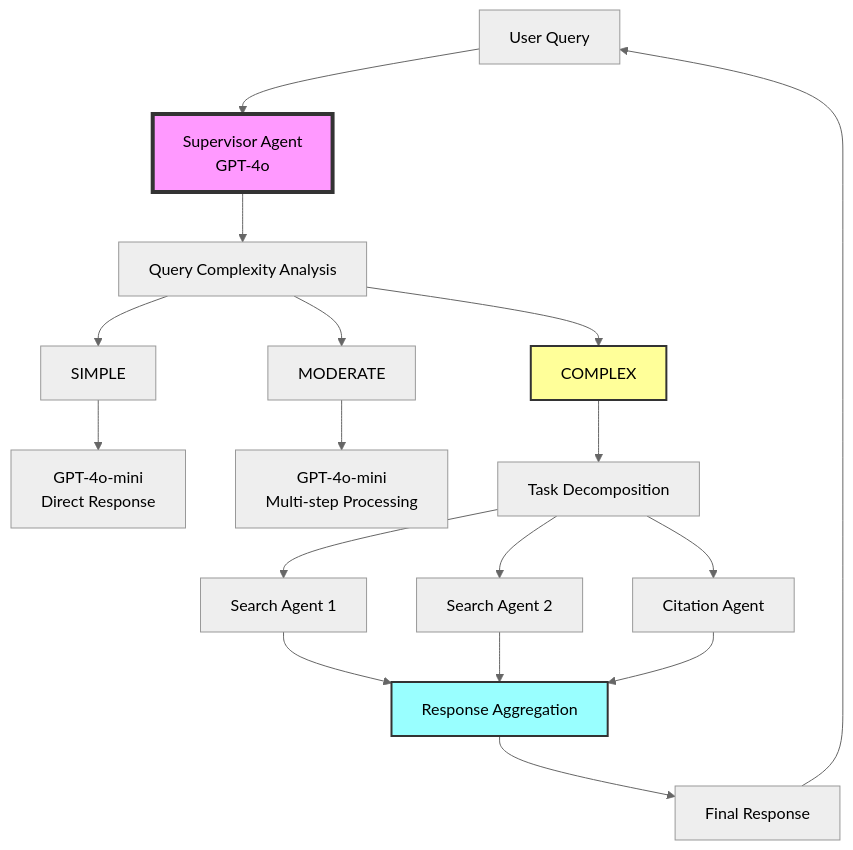
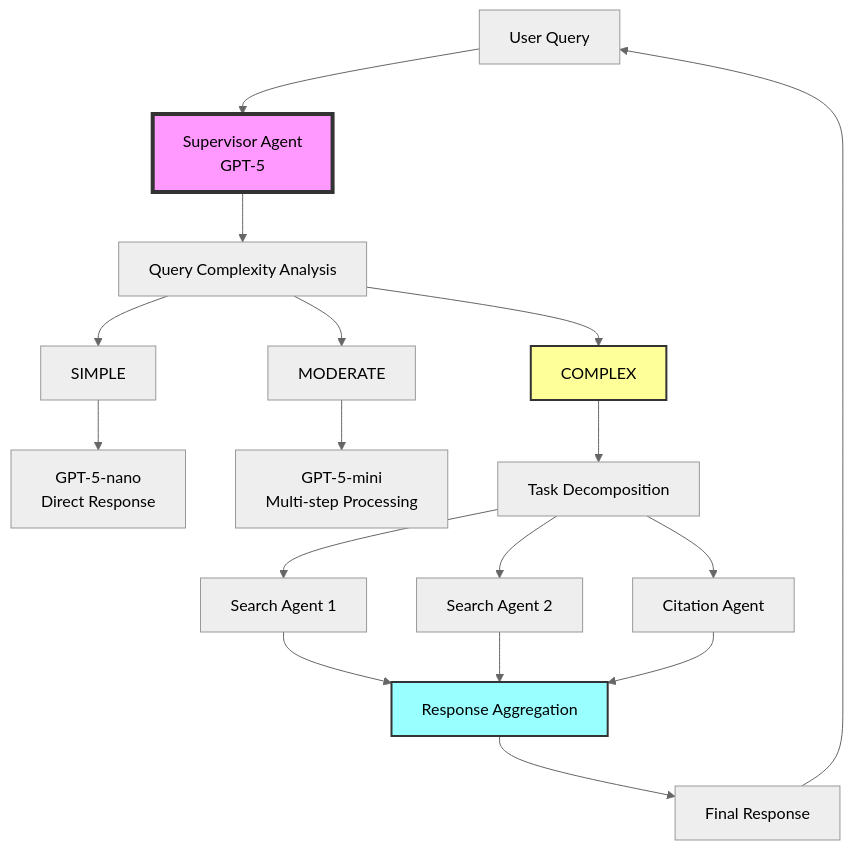
The first of 3 diagrams in README.md (scarnyc/multi_agent_research), drawn with Mermaid (neutral theme) before and after one commit. The commit also changed other lines of this file and 5 other files, not shown here.

````diff
--- a/README.md
+++ b/README.md
@@ -9,28 +9,28 @@
 ```mermaid
 graph TB
-    User[User Query] --> Supervisor[Supervisor Agent<br/>GPT-4o]
+    User[User Query] --> Supervisor[Supervisor Agent<br/>GPT-5]
     
     Supervisor --> Complexity[Query Complexity Analysis]
     Complexity --> Simple[SIMPLE]
     Complexity --> Moderate[MODERATE] 
     Complexity --> Complex[COMPLEX]
     
-    Simple --> Nano[GPT-4o-mini<br/>Direct Response]
-    Moderate --> Mini[GPT-4o-mini<br/>Multi-step Processing]
+    Simple --> Nano[GPT-5-nano<br/>Direct Response]
+    Moderate --> Mini[GPT-5-mini<br/>Multi-step Processing]
     Complex --> Decompose[Task Decomposition]
     
     Decompose --> Search1[Search Agent 1]
     Decompose --> Search2[Search Agent 2]
     Decompose --> Citation[Citation Agent]
     
     Search1 --> Aggregate[Response Aggregation]
     Search2 --> Aggregate
     Citation --> Aggregate
     
     Aggregate --> Response[Final Response]
     Response --> User
     
     style Supervisor fill:#f9f,stroke:#333,stroke-width:4px
     style Complex fill:#ff9,stroke:#333,stroke-width:2px
     style Aggregate fill:#9ff,stroke:#333,stroke-width:2px
 ```
````
